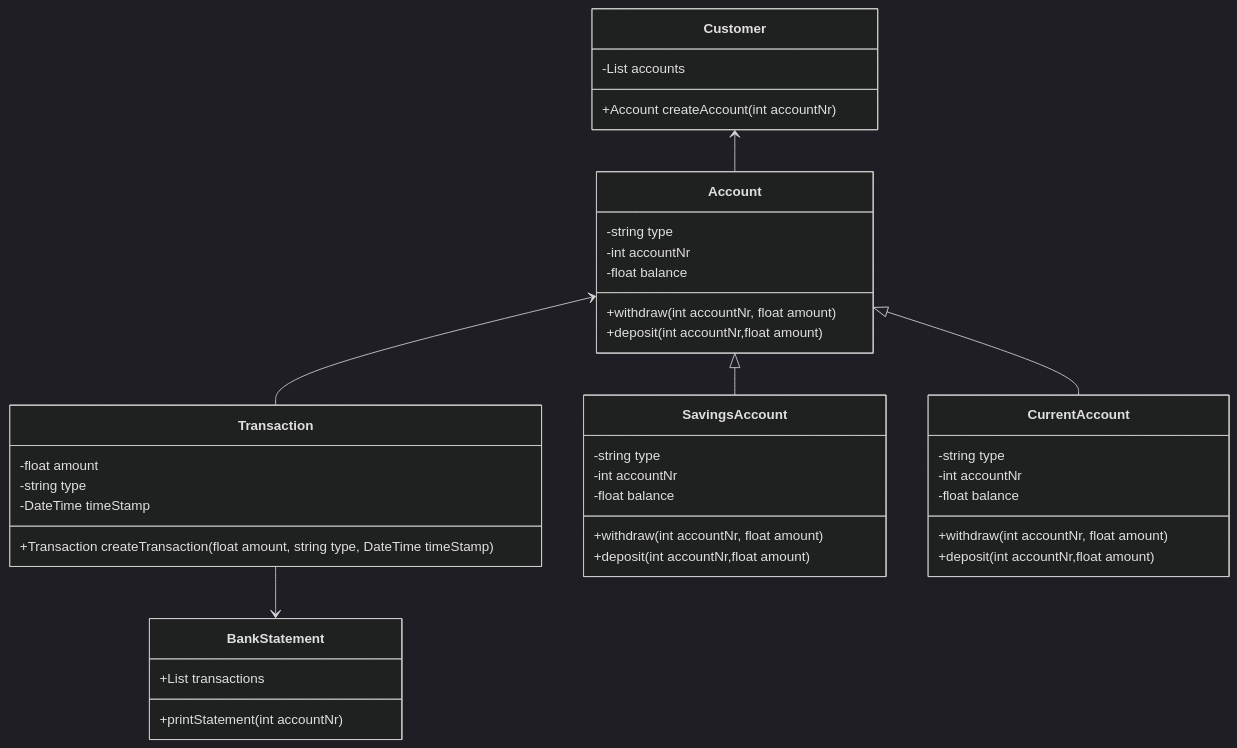
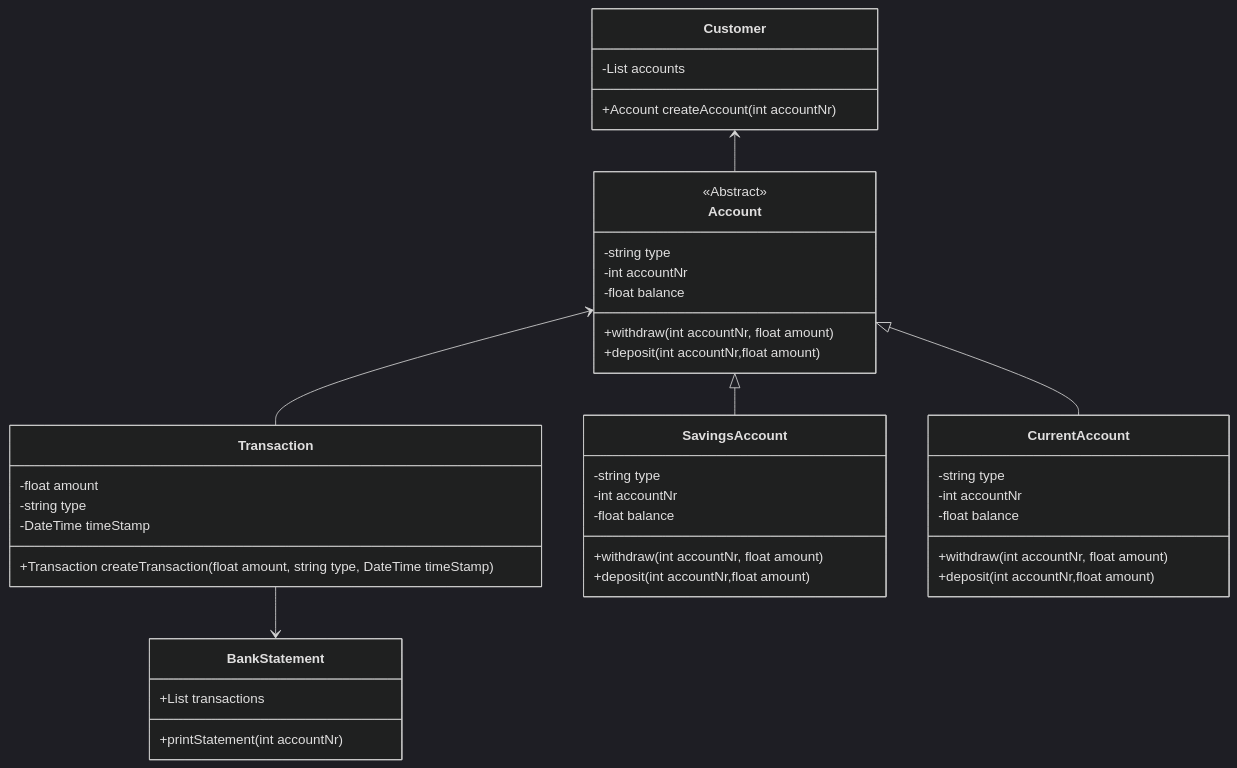
One commit to boolean-uk/csharp-tdd-oop-bank-challenge changed the diagram in classDiagram.mmd. Above: the diagram before and after it, drawn with Mermaid (dark theme). The commit also changed 1 other file, not shown here.

```diff
--- a/classDiagram.mmd
+++ b/classDiagram.mmd
@@ -1,43 +1,44 @@
 classDiagram
 
     Customer <-- Account
     Transaction --> BankStatement
     Account <-- Transaction
     Account <|-- SavingsAccount
     Account <|-- CurrentAccount
     class Customer {
         -List<Account> accounts
         +Account createAccount(int accountNr)
     }
 
     class Account{
+        <<Abstract>>
         -string type
         -int accountNr
         -float balance
         +withdraw(int accountNr, float amount)
         +deposit(int accountNr,float amount)
     }
     class CurrentAccount{
         -string type
         -int accountNr
         -float balance
         +withdraw(int accountNr, float amount)
         +deposit(int accountNr,float amount)
     }
     class SavingsAccount{
         -string type
         -int accountNr
         -float balance
         +withdraw(int accountNr, float amount)
         +deposit(int accountNr,float amount)
     }
     class Transaction{
         -float amount
         -string type
         -DateTime timeStamp
         +Transaction createTransaction(float amount, string type, DateTime timeStamp)
     }
     class BankStatement{
         +List<Transaction> transactions
         +printStatement(int accountNr)
     }
```
